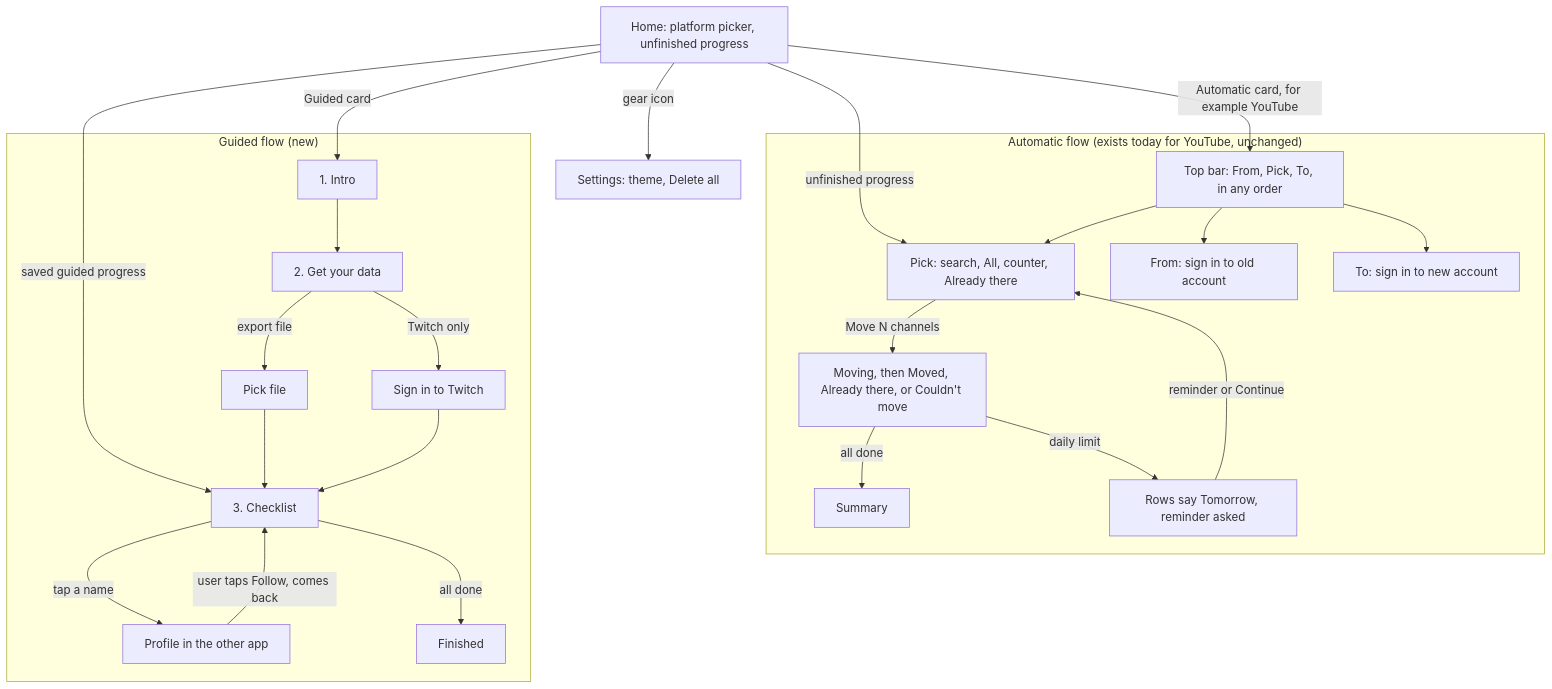
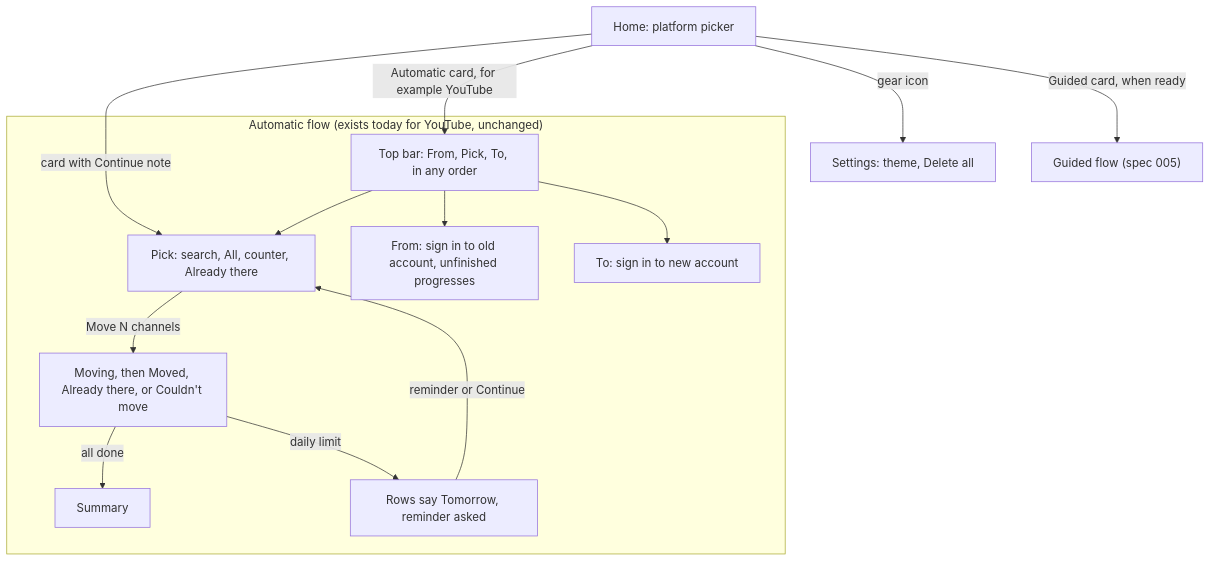
The diagram in specs/004-multi-platform-picker/spec.md (Dodo-Tech-Hub/magpie), drawn with Mermaid before and after one commit. The commit also changed other lines of this file and 2 other files, not shown here.

Commit message:
docs(spec): split guided migration into spec 005

````diff
--- a/specs/004-multi-platform-picker/spec.md
+++ b/specs/004-multi-platform-picker/spec.md
@@ -13,30 +15,18 @@
 ```mermaid
 flowchart TD
-    Home["Home: platform picker, unfinished progress"] -->|gear icon| Settings["Settings: theme, Delete all"]
+    Home["Home: platform picker"] -->|gear icon| Settings["Settings: theme, Delete all"]
     Home -->|Automatic card, for example YouTube| Bar
-    Home -->|Guided card| Intro
-    Home -->|unfinished progress| Pick
-    Home -->|saved guided progress| Check
+    Home -->|card with Continue note| Pick
+    Home -->|Guided card, when ready| Guided["Guided flow (spec 005)"]
 
     subgraph Auto["Automatic flow (exists today for YouTube, unchanged)"]
         Bar["Top bar: From, Pick, To, in any order"]
-        Bar --> From["From: sign in to old account"]
+        Bar --> From["From: sign in to old account, unfinished progresses"]
         Bar --> Pick["Pick: search, All, counter, Already there"]
         Bar --> To["To: sign in to new account"]
         Pick -->|Move N channels| Moving["Moving, then Moved, Already there, or Couldn't move"]
         Moving -->|all done| Summary["Summary"]
         Moving -->|daily limit| Limit["Rows say Tomorrow, reminder asked"]
         Limit -->|reminder or Continue| Pick
     end
-
-    subgraph Guided["Guided flow (new)"]
-        Intro["1. Intro"] --> Data["2. Get your data"]
-        Data -->|export file| PickFile["Pick file"]
-        Data -->|Twitch only| Sign["Sign in to Twitch"]
-        PickFile --> Check["3. Checklist"]
-        Sign --> Check
-        Check -->|tap a name| Other["Profile in the other app"]
-        Other -->|user taps Follow, comes back| Check
-        Check -->|all done| Done["Finished"]
-    end
 ```
````
